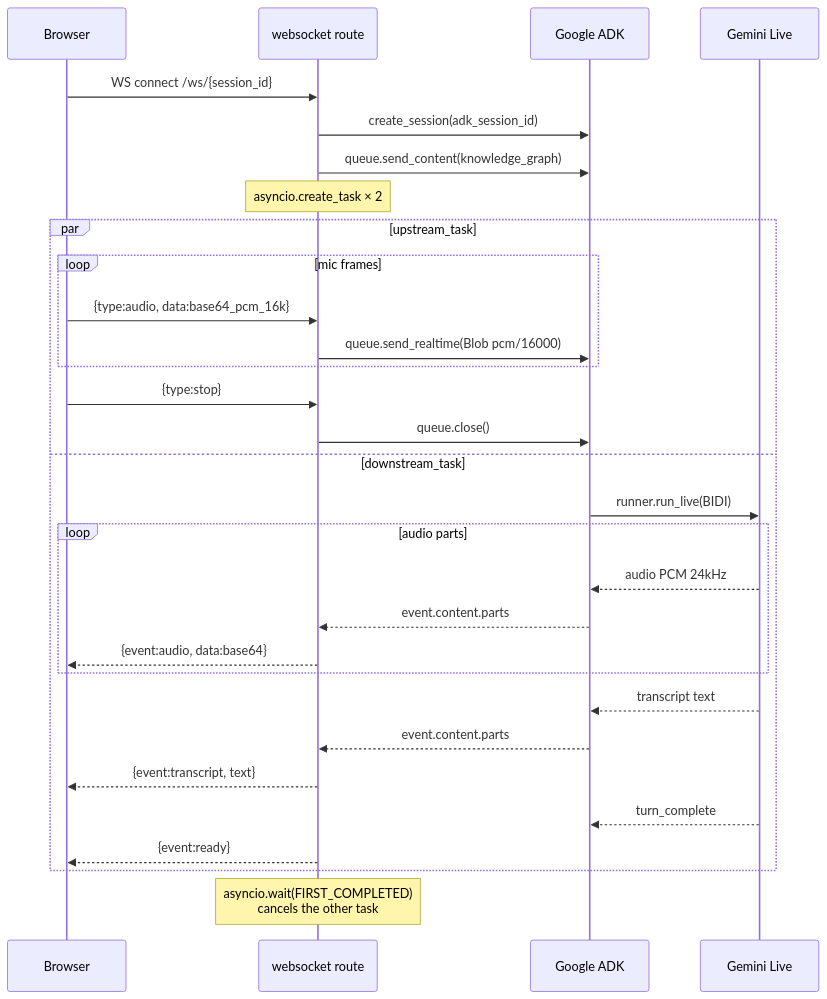
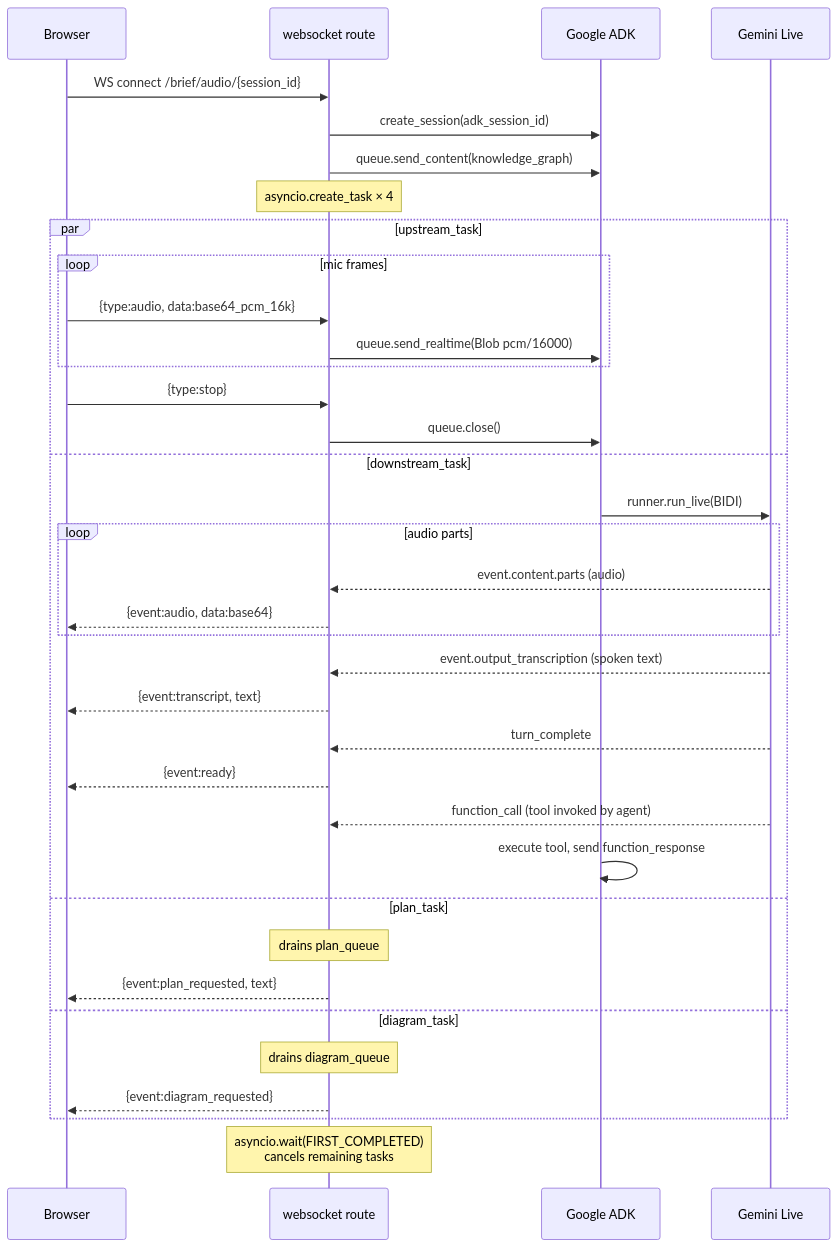
The fifth of 8 diagrams in ARCHITECTURE.md (ask-anannya/Compass), drawn with Mermaid before and after one commit. The commit also changed other lines of this file and 13 other files, not shown here.

First line of the commit message:
Add Live Assistant, architecture diagram, tool calling, and transcript streaming

````diff
--- a/ARCHITECTURE.md
+++ b/ARCHITECTURE.md
@@ -166,35 +168,41 @@
 ```mermaid
 sequenceDiagram
     participant B as Browser
     participant WS as websocket route
     participant ADK as Google ADK
     participant G as Gemini Live
 
-    B->>WS: WS connect /ws/{session_id}
+    B->>WS: WS connect /brief/audio/{session_id}
     WS->>ADK: create_session(adk_session_id)
     WS->>ADK: queue.send_content(knowledge_graph)
-    Note over WS: asyncio.create_task × 2
+    Note over WS: asyncio.create_task × 4
 
     par upstream_task
         loop mic frames
             B->>WS: {type:audio, data:base64_pcm_16k}
             WS->>ADK: queue.send_realtime(Blob pcm/16000)
         end
         B->>WS: {type:stop}
         WS->>ADK: queue.close()
     and downstream_task
         ADK->>G: runner.run_live(BIDI)
         loop audio parts
-            G-->>ADK: audio PCM 24kHz
-            ADK-->>WS: event.content.parts
+            G-->>WS: event.content.parts (audio)
             WS-->>B: {event:audio, data:base64}
         end
-        G-->>ADK: transcript text
-        ADK-->>WS: event.content.parts
+        G-->>WS: event.output_transcription (spoken text)
         WS-->>B: {event:transcript, text}
-        G-->>ADK: turn_complete
+        G-->>WS: turn_complete
         WS-->>B: {event:ready}
+        G-->>WS: function_call (tool invoked by agent)
+        ADK->>ADK: execute tool, send function_response
+    and plan_task
+        Note over WS: drains plan_queue
+        WS-->>B: {event:plan_requested, text}
+    and diagram_task
+        Note over WS: drains diagram_queue
+        WS-->>B: {event:diagram_requested}
     end
 
-    Note over WS: asyncio.wait(FIRST_COMPLETED)<br/>cancels the other task
+    Note over WS: asyncio.wait(FIRST_COMPLETED)<br/>cancels remaining tasks
 ```
````
